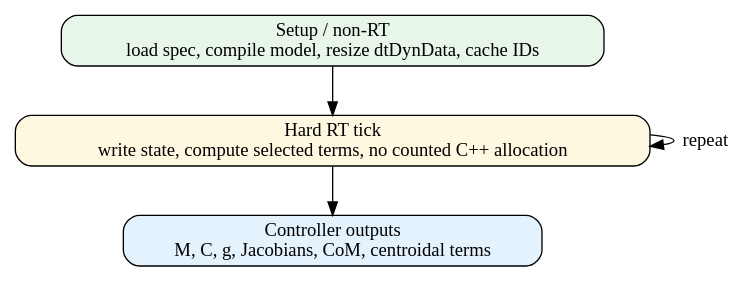
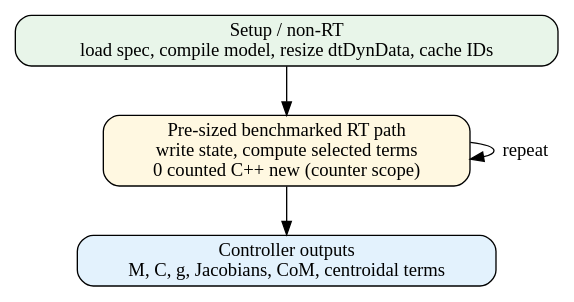
Before and after one commit to sangyobe/dtDynamics: the diagram in docs/manual/diagrams/realtime_loop.dot, drawn with Graphviz. The commit also changed 64 other files, not shown here.

```diff
--- a/docs/manual/diagrams/realtime_loop.dot
+++ b/docs/manual/diagrams/realtime_loop.dot
@@ -1,12 +1,13 @@
 digraph realtime_loop {
   rankdir=TB;
   node [shape=box, style="rounded,filled"];
   setup [fillcolor="#e8f5e9", label="Setup / non-RT
 load spec, compile model, resize dtDynData, cache IDs"];
-  tick [fillcolor="#fff8e1", label="Hard RT tick
-write state, compute selected terms, no counted C++ allocation"];
+  tick [fillcolor="#fff8e1", label="Pre-sized benchmarked RT path
+write state, compute selected terms
+0 counted C++ new (counter scope)"];
   output [fillcolor="#e3f2fd", label="Controller outputs
 M, C, g, Jacobians, CoM, centroidal terms"];
   setup -> tick -> output;
   tick -> tick [label="repeat"];
 }
```
